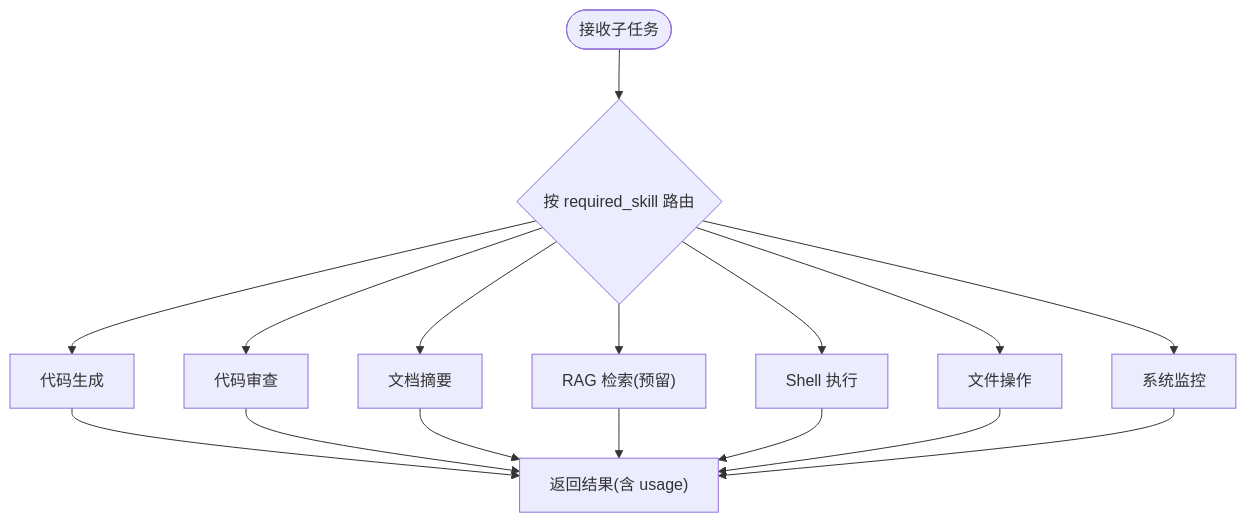
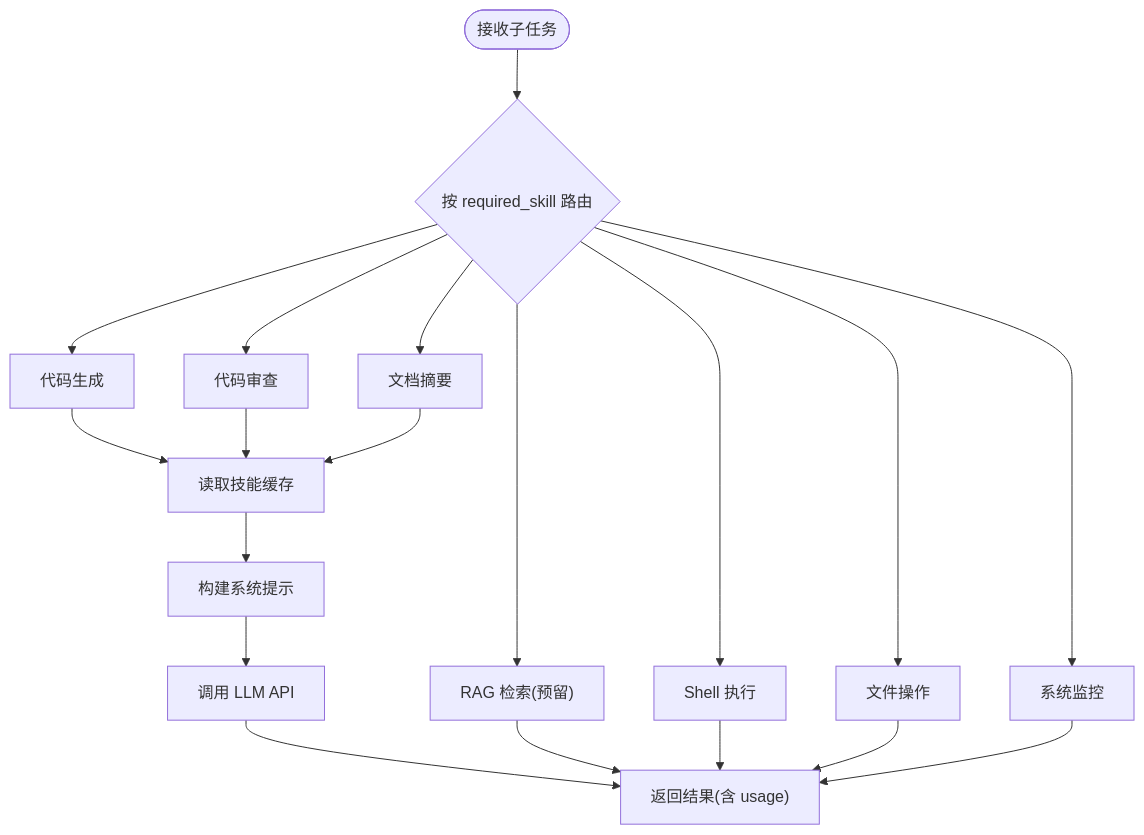
The seventh of 11 diagrams in .qoder/repowiki/zh/content/架构设计/Worker 代理/Worker 代理.md (targalian/Personal-distributed-workstation), drawn with Mermaid before and after one commit. The commit also changed other lines of this file and 92 other files, not shown here.

````diff
--- a/.qoder/repowiki/zh/content/架构设计/Worker 代理/Worker 代理.md
+++ b/.qoder/repowiki/zh/content/架构设计/Worker 代理/Worker 代理.md
@@ -306,18 +341,21 @@
 ```mermaid
 flowchart TD
 Start(["接收子任务"]) --> Route{"按 required_skill 路由"}
 Route --> CG["代码生成"]
 Route --> CR["代码审查"]
 Route --> DS["文档摘要"]
 Route --> RS["RAG 检索(预留)"]
 Route --> SE["Shell 执行"]
 Route --> FO["文件操作"]
 Route --> MON["系统监控"]
-CG --> Ret["返回结果(含 usage)"]
-CR --> Ret
-DS --> Ret
+CG --> Cache["读取技能缓存"]
+CR --> Cache
+DS --> Cache
+Cache --> Prompt["构建系统提示"]
+Prompt --> LLM["调用 LLM API"]
+LLM --> Ret["返回结果(含 usage)"]
 RS --> Ret
 SE --> Ret
 FO --> Ret
 MON --> Ret
 ```
````
